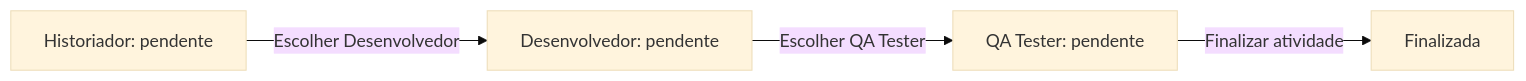
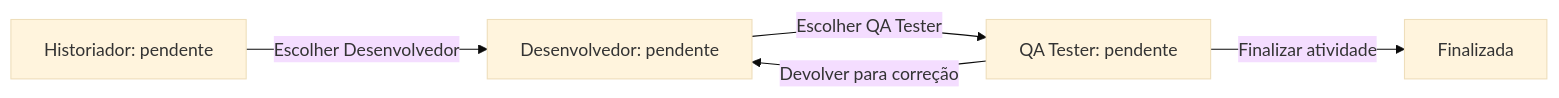
One commit to devsousaleon/JustDoTheWork changed the first of 2 diagrams in README.md. Above: the diagram before and after it, drawn with Mermaid (base theme). The commit also changed other lines of this file and 1 other file, not shown here.

````diff
--- a/README.md
+++ b/README.md
@@ -58,6 +49,7 @@
 ```mermaid
 flowchart LR
     H[Historiador: pendente] -->|Escolher Desenvolvedor| D[Desenvolvedor: pendente]
     D -->|Escolher QA Tester| Q[QA Tester: pendente]
+    Q -->|Devolver para correção| D
     Q -->|Finalizar atividade| F[Finalizada]
 ```
````
